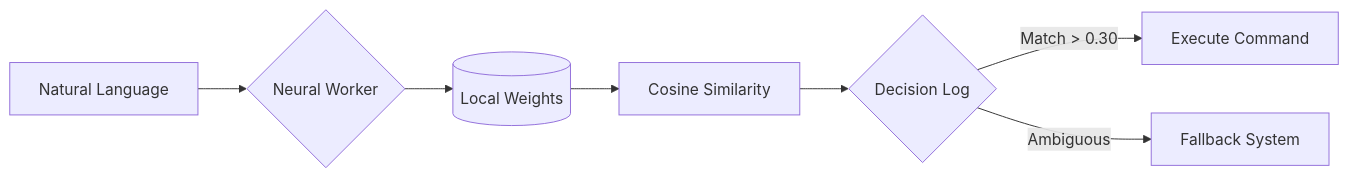
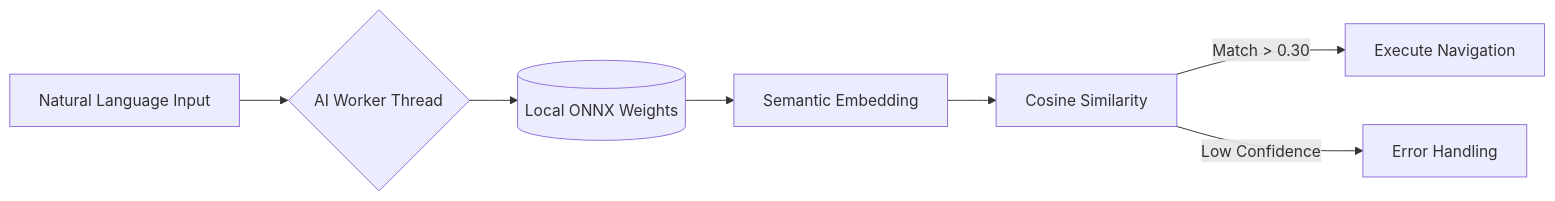
Before and after one commit to ATR-oCiTy/atrocity.dev: the diagram in README.md, drawn with Mermaid. The commit also changed other lines of this file and 2 other files, not shown here.

Commit message:
docs: finalize ultimate sassy README with AI-generated banners and edge architecture details

````diff
--- a/README.md
+++ b/README.md
@@ -40,9 +40,9 @@
 ```mermaid
 graph LR
-    A[Natural Language] --> B{Neural Worker}
-    B --> C[(Local Weights)]
-    C --> D[Cosine Similarity]
-    D --> E{Decision Log}
-    E -- Match > 0.30 --> F[Execute Command]
-    E -- Ambiguous --> G[Fallback System]
+    A[Natural Language Input] --> B{AI Worker Thread}
+    B --> C[(Local ONNX Weights)]
+    C --> D[Semantic Embedding]
+    D --> E[Cosine Similarity]
+    E -- Match > 0.30 --> F[Execute Navigation]
+    E -- Low Confidence --> G[Error Handling]
 ```
````
